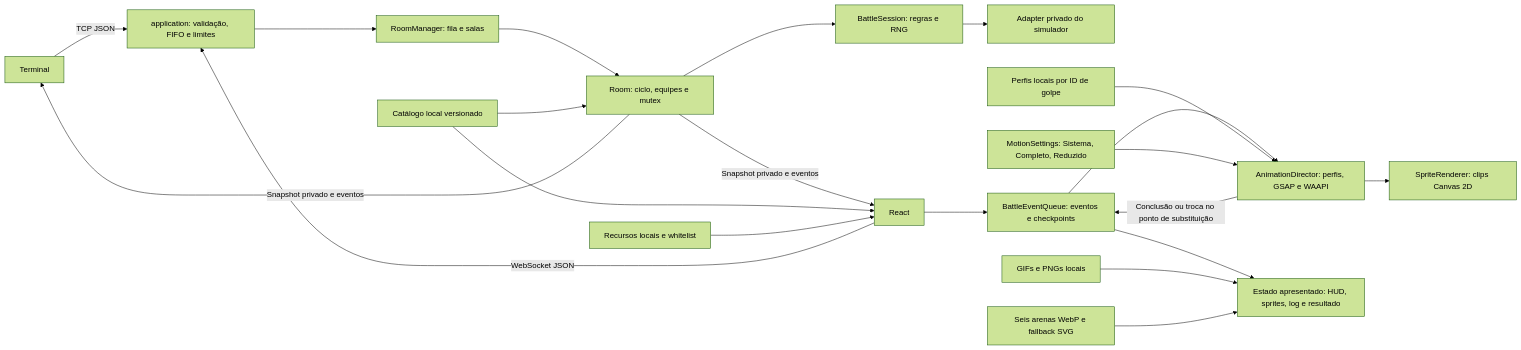
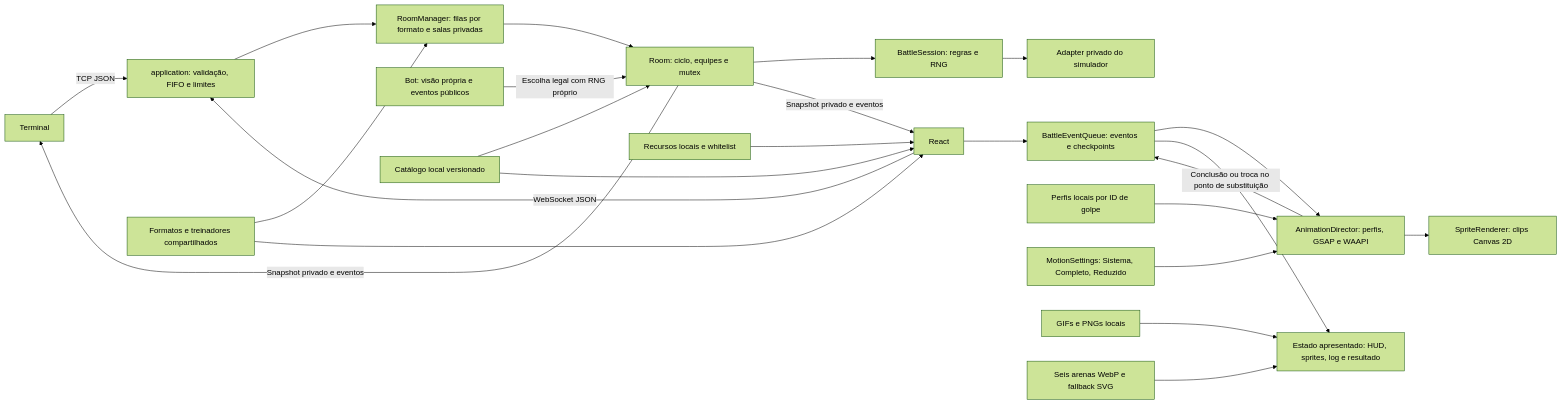
One commit to HenriqueGOP/BattleLink-Trabalho changed the diagram in docs/arquitetura.md. Above: the diagram before and after it, drawn with Mermaid (forest theme). The commit also changed other lines of this file and 336 other files, not shown here.

````diff
--- a/docs/arquitetura.md
+++ b/docs/arquitetura.md
@@ -5,23 +5,26 @@
 ```mermaid
 flowchart LR
   CLI[Terminal] -->|TCP JSON| A[application: validação, FIFO e limites]
   UI[React] -->|WebSocket JSON| A
-  A --> M[RoomManager: fila e salas]
+  A --> M[RoomManager: filas por formato e salas privadas]
   M --> R[Room: ciclo, equipes e mutex]
   R --> E[BattleSession: regras e RNG]
+  AI[Bot: visão própria e eventos públicos] -->|Escolha legal com RNG próprio| R
+  T[Formatos e treinadores compartilhados] --> M
+  T --> UI
   E --> S[Adapter privado do simulador]
   R -->|Snapshot privado e eventos| UI
   R -->|Snapshot privado e eventos| CLI
   C[Catálogo local versionado] --> R
   C --> UI
   L[Recursos locais e whitelist] --> UI
   UI --> Q[BattleEventQueue: eventos e checkpoints]
   Q --> D[AnimationDirector: perfis, GSAP e WAAPI]
   P[Perfis locais por ID de golpe] --> D
   D --> F[SpriteRenderer: clips Canvas 2D]
   N[MotionSettings: Sistema, Completo, Reduzido] --> D
   D -->|Conclusão ou troca no ponto de substituição| Q
   Q --> V[Estado apresentado: HUD, sprites, log e resultado]
   G[GIFs e PNGs locais] --> V
   B[Seis arenas WebP e fallback SVG] --> V
 ```
````
